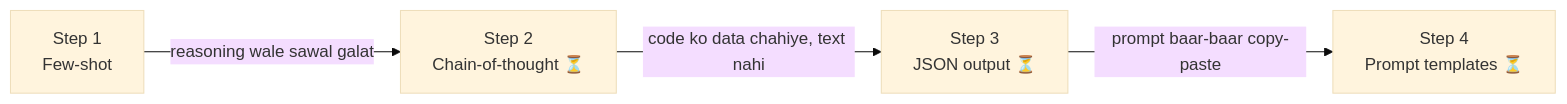
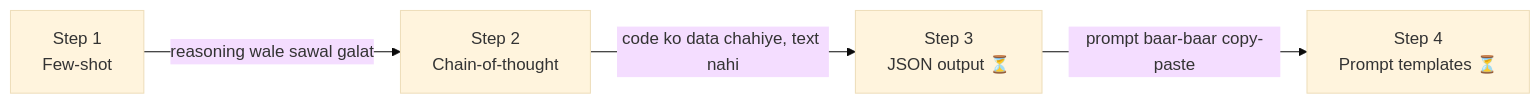
Before and after one commit to Adityaguptawebdev/Learning_AI: the first of 3 diagrams in 03_prompt_engineering/README.md, drawn with Mermaid (base theme). The commit also changed other lines of this file and 2 other files, not shown here.

Commit message:
Chapter 03 Step 2: chain-of-thought

````diff
--- a/03_prompt_engineering/README.md
+++ b/03_prompt_engineering/README.md
@@ -5,6 +5,6 @@
 ```mermaid
 flowchart LR
-    S1["Step 1<br/>Few-shot"] -->|"reasoning wale sawal galat"| S2["Step 2<br/>Chain-of-thought ⏳"]
+    S1["Step 1<br/>Few-shot"] -->|"reasoning wale sawal galat"| S2["Step 2<br/>Chain-of-thought"]
     S2 -->|"code ko data chahiye, text nahi"| S3["Step 3<br/>JSON output ⏳"]
     S3 -->|"prompt baar-baar copy-paste"| S4["Step 4<br/>Prompt templates ⏳"]
 ```
````
